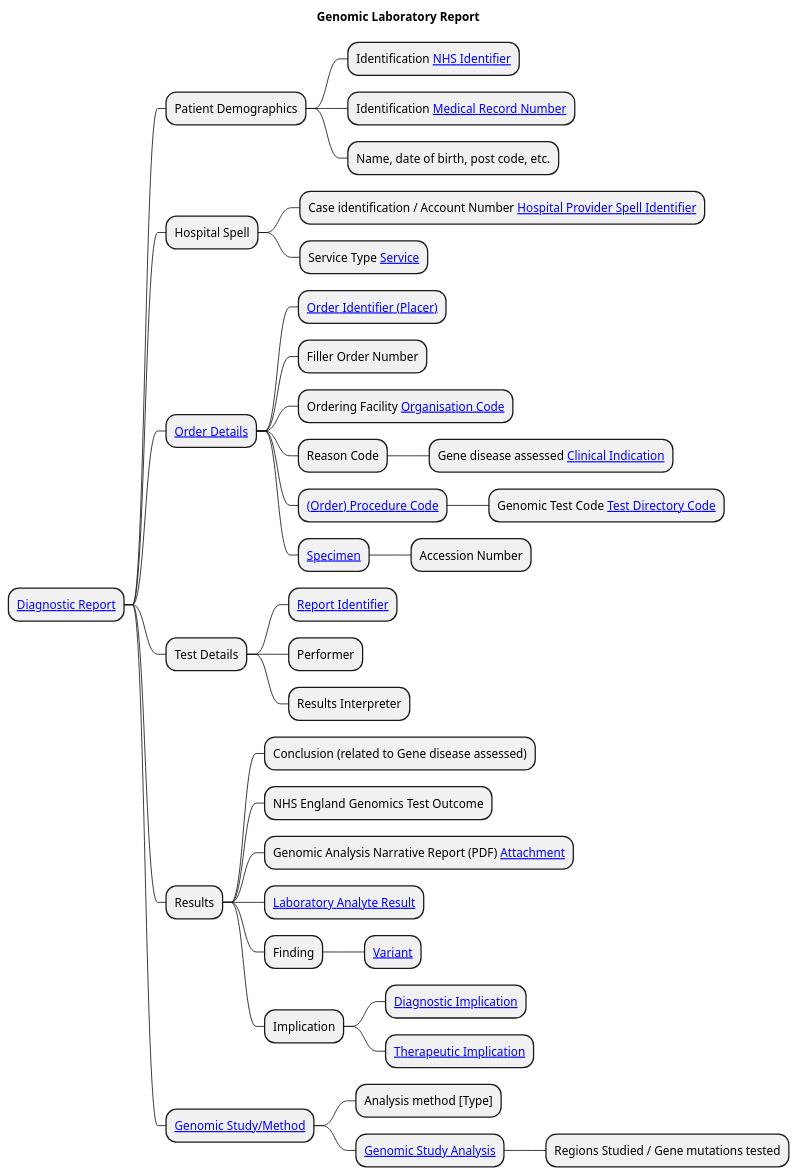
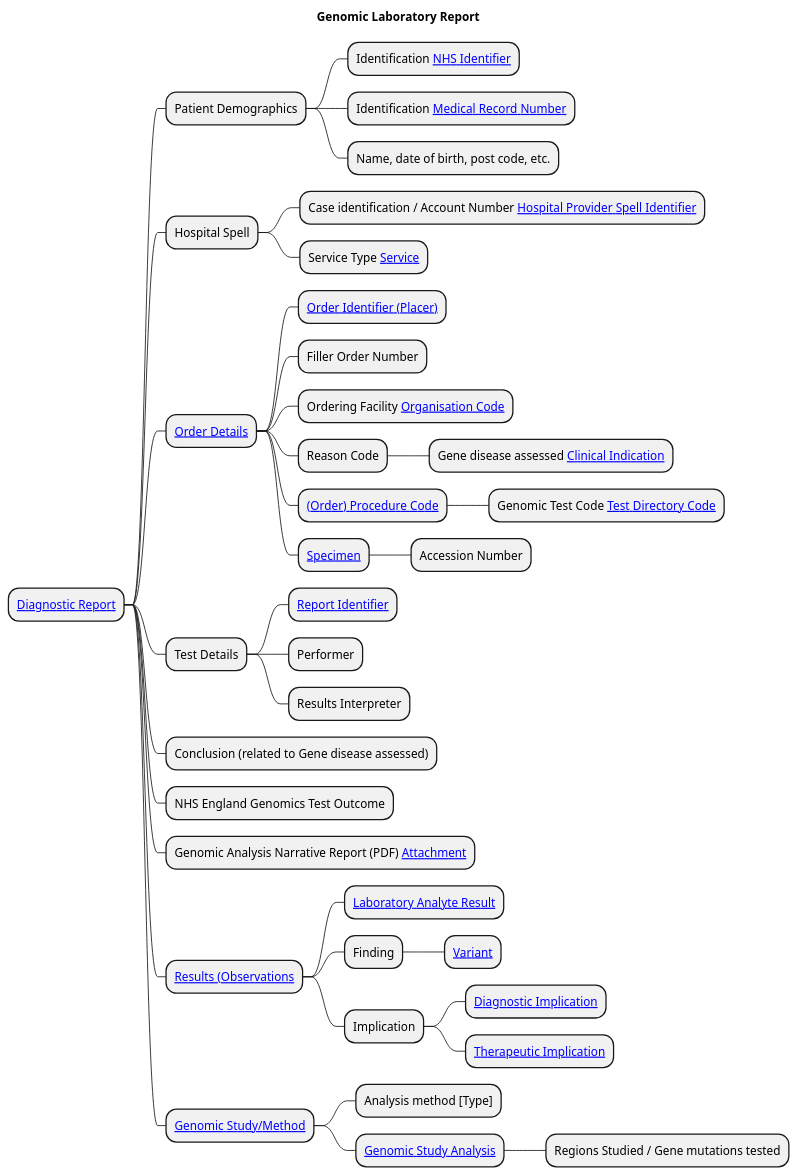
Before and after one commit to nw-gmsa/nw-gmsa.github.com: the diagram in input/images-source/LaboratoryReport-mindmap.plantuml, drawn with PlantUML.

Commit message:
Issues with intro rendering

```diff
--- a/input/images-source/LaboratoryReport-mindmap.plantuml
+++ b/input/images-source/LaboratoryReport-mindmap.plantuml
@@ -1,42 +1,42 @@
 @startmindmap
 
 title "Genomic Laboratory Report"
 
 * [[StructureDefinition-DiagnosticReport.html Diagnostic Report]]
 ** Patient Demographics
 *** Identification [[StructureDefinition-NHSIdentifier.html NHS Identifier]]
 *** Identification [[StructureDefinition-MedicalRecordNumber.html Medical Record Number]]
 *** Name, date of birth, post code, etc.
 ** Hospital Spell
 *** Case identification / Account Number [[StructureDefinition-HospitalProviderSpellIdentifier.html Hospital Provider Spell Identifier]]
 *** Service Type [[ValueSet-service.html Service]]
 ** [[Questionnaire-GenomicTestOrder.html Order Details]]
 *** [[StructureDefinition-OrderIdentifier.html Order Identifier (Placer)]]
 *** Filler Order Number
 *** Ordering Facility [[StructureDefinition-OrganisationCode.html Organisation Code]]
 *** Reason Code
 **** Gene disease assessed [[CodeSystem-GenomicClinicalIndication.html Clinical Indication]]
 *** [[https://www.datadictionary.nhs.uk/data_elements/local_treatment_category_code.html (Order) Procedure Code]]
 **** Genomic Test Code [[CodeSystem-GenomicTestCode.html Test Directory Code]]
 *** [[StructureDefinition-Specimen.html Specimen]]
 **** Accession Number
 ** Test Details
 *** [[StructureDefinition-ReportIdentifier.html Report Identifier]]
 *** Performer
 *** Results Interpreter
-** Results
-*** Conclusion (related to Gene disease assessed)
-*** NHS England Genomics Test Outcome
-*** Genomic Analysis Narrative Report (PDF) [[StructureDefinition-NWAttachment.html Attachment]]
+** Conclusion (related to Gene disease assessed)
+** NHS England Genomics Test Outcome
+** Genomic Analysis Narrative Report (PDF) [[StructureDefinition-NWAttachment.html Attachment]]
+** [[StructureDefinition-Observation.html Results (Observations]]
 *** [[#laboratory-analyte-result Laboratory Analyte Result]]
 *** Finding
 **** [[#reportable-variant Variant]]
 *** Implication
 **** [[#diagnostic-implication Diagnostic Implication]]
 **** [[#implications Therapeutic Implication]]
 ** [[#genomic-study Genomic Study/Method]]
 *** Analysis method [Type]
 *** [[#genomic-study-analysis Genomic Study Analysis]]
 **** Regions Studied / Gene mutations tested
 
 @endmindmap
```
